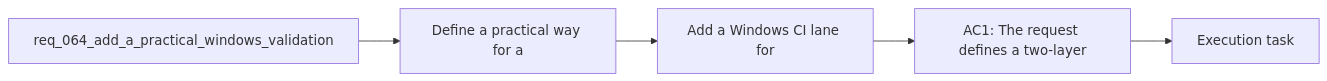
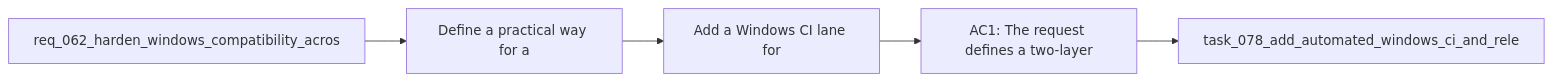
The diagram in logics/backlog/item_082_add_a_windows_ci_lane_for_the_supported_plugin_and_kit_smoke_surface.md (AlexAgo83/logics-manager), drawn with Mermaid before and after one commit. The commit also changed 481 other files, not shown here.

````diff
--- a/logics/backlog/item_082_add_a_windows_ci_lane_for_the_supported_plugin_and_kit_smoke_surface.md
+++ b/logics/backlog/item_082_add_a_windows_ci_lane_for_the_supported_plugin_and_kit_smoke_surface.md
@@ -23,9 +23,9 @@
 ```mermaid
 %% logics-kind: backlog
 %% logics-signature: backlog|add-a-windows-ci-lane-for-the-supported-|req-062-harden-windows-compatibility-acr|define-a-practical-way-for-a|ac1-the-request-defines-a-two-layer
 flowchart LR
-    Request[req_064_add_a_practical_windows_validation] --> Problem[Define a practical way for a]
+    Request[req_062_harden_windows_compatibility_acros] --> Problem[Define a practical way for a]
     Problem --> Scope[Add a Windows CI lane for]
     Scope --> Acceptance[AC1: The request defines a two-layer]
-    Acceptance --> Tasks[Execution task]
+    Acceptance --> Tasks[task_078_add_automated_windows_ci_and_rele]
 ```
````
